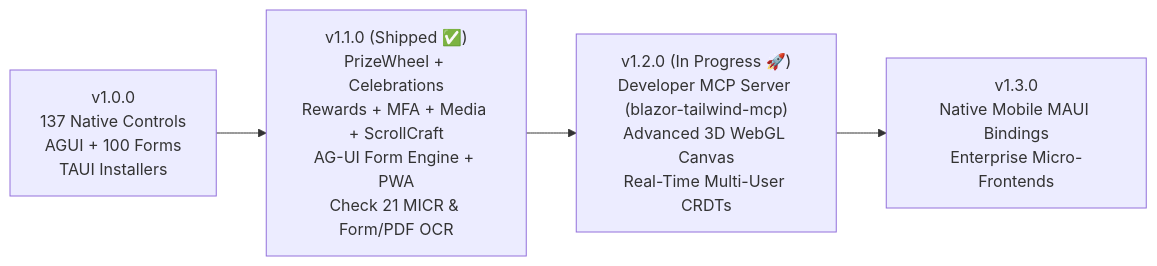
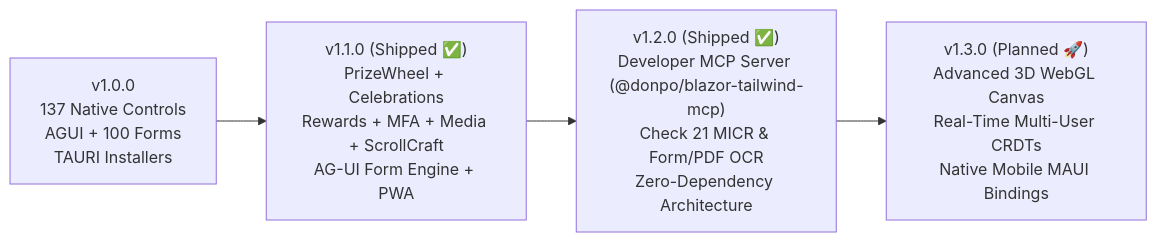
One commit to donpotts/BlazorTailwindUI changed the diagram in docs/ROADMAP.md. Above: the diagram before and after it, drawn with Mermaid. The commit also changed other lines of this file and 9 other files, not shown here.

Commit message:
feat(release): v1.2.0 - developer MCP server, Check 21 MICR OCR, and production release

````diff
--- a/docs/ROADMAP.md
+++ b/docs/ROADMAP.md
@@ -251,6 +253,6 @@
 ```mermaid
 flowchart LR
-    A["v1.0.0<br/>137 Native Controls<br/>AGUI + 100 Forms<br/>TAUI Installers"] --> B["v1.1.0 (Shipped ✅)<br/>PrizeWheel + Celebrations<br/>Rewards + MFA + Media + ScrollCraft<br/>AG-UI Form Engine + PWA<br/>Check 21 MICR & Form/PDF OCR"]
-    B --> C["v1.2.0 (In Progress 🚀)<br/>Developer MCP Server (blazor-tailwind-mcp)<br/>Advanced 3D WebGL Canvas<br/>Real-Time Multi-User CRDTs"]
-    C --> D["v1.3.0<br/>Native Mobile MAUI Bindings<br/>Enterprise Micro-Frontends"]
+    A["v1.0.0<br/>137 Native Controls<br/>AGUI + 100 Forms<br/>TAURI Installers"] --> B["v1.1.0 (Shipped ✅)<br/>PrizeWheel + Celebrations<br/>Rewards + MFA + Media + ScrollCraft<br/>AG-UI Form Engine + PWA"]
+    B --> C["v1.2.0 (Shipped ✅)<br/>Developer MCP Server (@donpo/blazor-tailwind-mcp)<br/>Check 21 MICR & Form/PDF OCR<br/>Zero-Dependency Architecture"]
+    C --> D["v1.3.0 (Planned 🚀)<br/>Advanced 3D WebGL Canvas<br/>Real-Time Multi-User CRDTs<br/>Native Mobile MAUI Bindings"]
 ```
````
